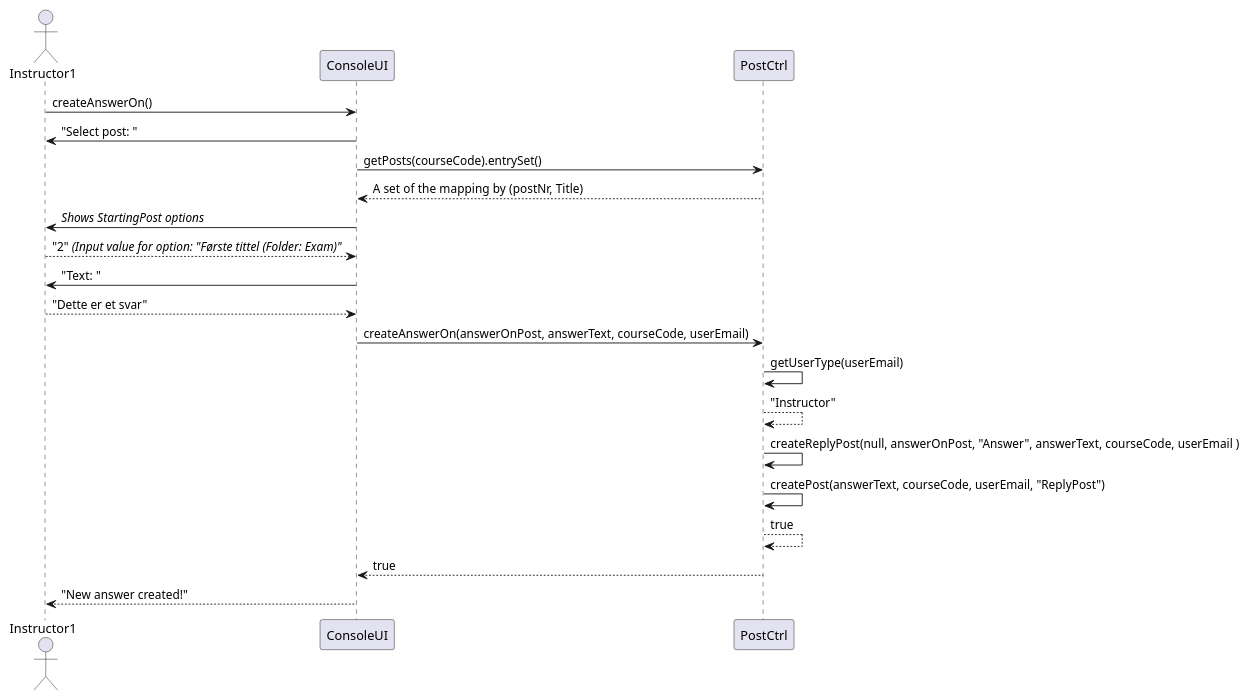
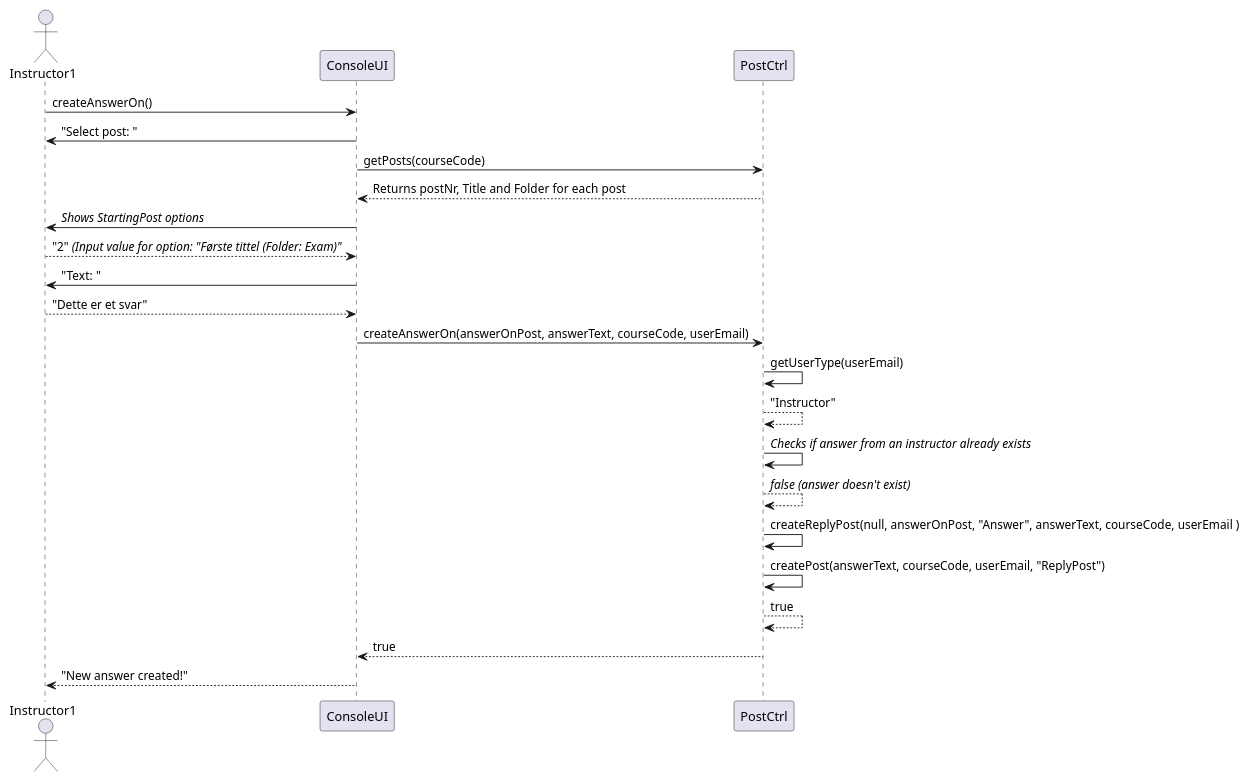
One commit to kavusiks/ForumDatabase changed the diagram in Piazza/src/Documentations/UC3ReplyToPostInFolder_SequenceDiagram.puml. Above: the diagram before and after it, drawn with PlantUML. The commit also changed 15 other files, not shown here.

```diff
--- a/Piazza/src/Documentations/UC3ReplyToPostInFolder_SequenceDiagram.puml
+++ b/Piazza/src/Documentations/UC3ReplyToPostInFolder_SequenceDiagram.puml
@@ -1,20 +1,21 @@
 @startuml
 actor Instructor1
 Instructor1 -> ConsoleUI: createAnswerOn()
 ConsoleUI -> Instructor1: "Select post: "
-ConsoleUI -> PostCtrl: getPosts(courseCode).entrySet()
-PostCtrl --> ConsoleUI: A set of the mapping by (postNr, Title)
+ConsoleUI -> PostCtrl: getPosts(courseCode)
+PostCtrl --> ConsoleUI: Returns postNr, Title and Folder for each post
 ConsoleUI -> Instructor1: //Shows StartingPost options//
 Instructor1 --> ConsoleUI: "2" //(Input value for option: "Første tittel (Folder: Exam)"//
 ConsoleUI -> Instructor1: "Text: "
 Instructor1 --> ConsoleUI: "Dette er et svar"
 ConsoleUI -> PostCtrl: createAnswerOn(answerOnPost, answerText, courseCode, userEmail)
 PostCtrl -> PostCtrl: getUserType(userEmail)
 PostCtrl --> PostCtrl: "Instructor"
-
+PostCtrl -> PostCtrl: //Checks if answer from an instructor already exists//
+PostCtrl --> PostCtrl: //false (answer doesn't exist)//
 PostCtrl -> PostCtrl: createReplyPost(null, answerOnPost, "Answer", answerText, courseCode, userEmail )
 PostCtrl -> PostCtrl: createPost(answerText, courseCode, userEmail, "ReplyPost")
 PostCtrl --> PostCtrl: true
 PostCtrl --> ConsoleUI: true
 ConsoleUI --> Instructor1: "New answer created!"
 @enduml
```
